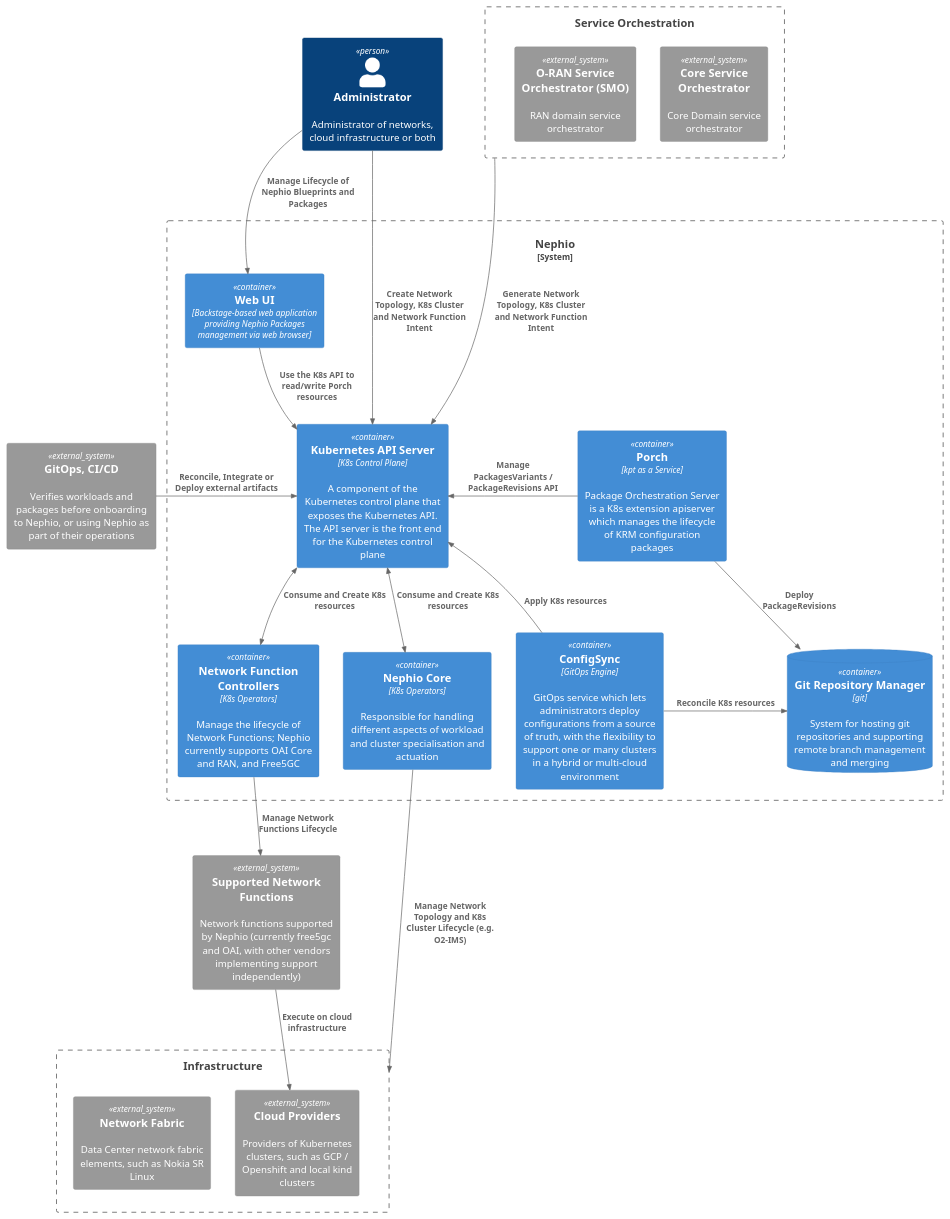
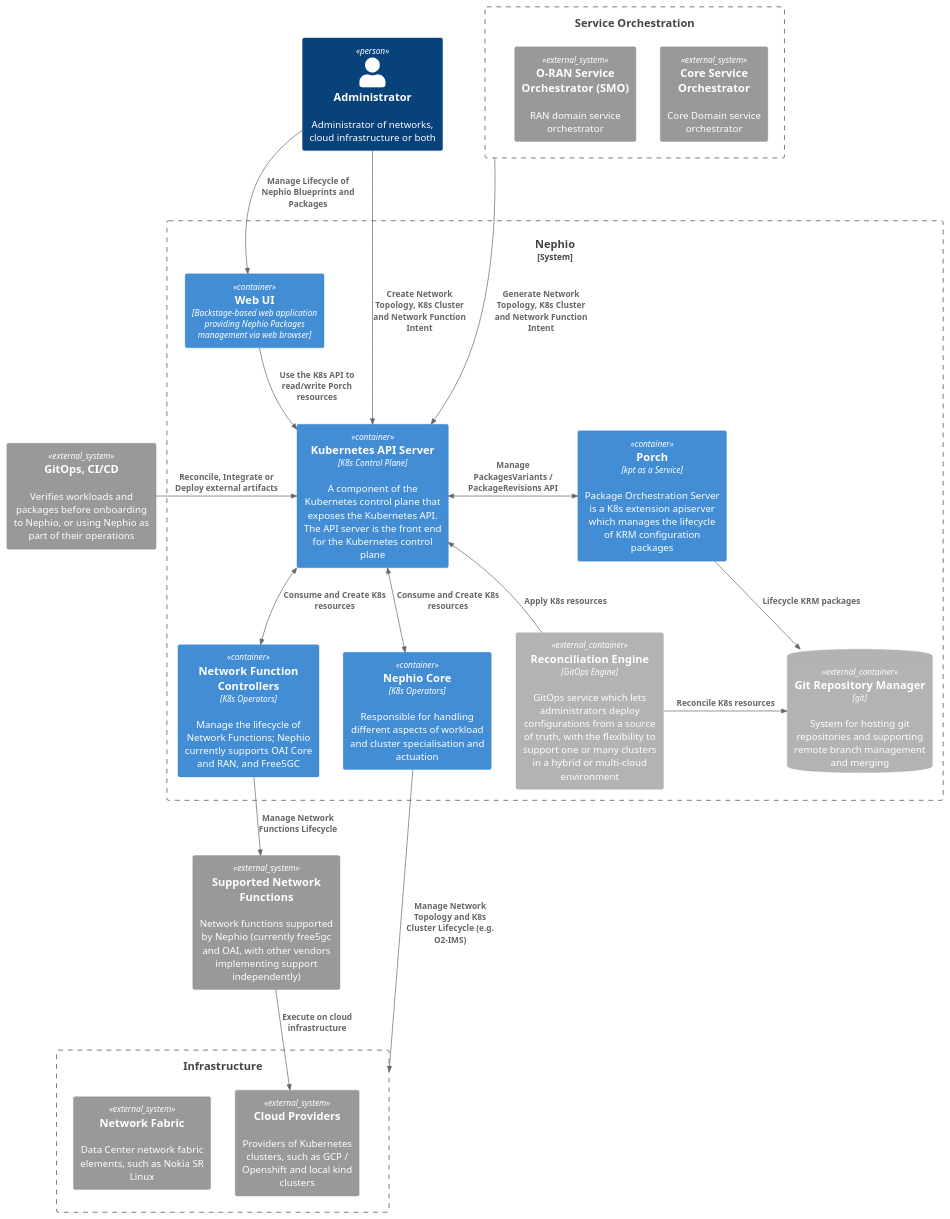
Before and after one commit to nephio-project/docs: the diagram in diagrams/src/level2-nephio-container.puml, drawn with PlantUML. The commit also changed 3 other files, not shown here.

```diff
--- a/diagrams/src/level2-nephio-container.puml
+++ b/diagrams/src/level2-nephio-container.puml
@@ -1,62 +1,62 @@
 @startuml nephio-container
 !include  https://raw.githubusercontent.com/plantuml-stdlib/C4-PlantUML/master/C4_Container.puml
 
 ' External actors
 Person(admin, "Administrator", "Administrator of networks, cloud infrastructure or both")
 Boundary(service_orchestrators, "Service Orchestration") {
     System_Ext(core_service_orchestrator, "Core Service Orchestrator", "Core Domain service orchestrator")
     System_Ext(oran_service_orchestrator, "O-RAN Service Orchestrator (SMO)", "RAN domain service orchestrator")
 }
 Lay_R(admin, service_orchestrators)
 System_Ext(cicd_system, "GitOps, CI/CD", "Verifies workloads and packages before onboarding to Nephio, or using Nephio as part of their operations")
 
 System_Boundary(nephio, "Nephio") {
     Container(web_ui, "Web UI", "Backstage-based web application providing Nephio Packages management via web browser")
     Container(porch, "Porch", "kpt as a Service", "Package Orchestration Server is a K8s extension apiserver which manages the lifecycle of KRM configuration packages")
     Container(nephio_core, "Nephio Core", "K8s Operators", "Responsible for handling different aspects of workload and cluster specialisation and actuation")
     Container(K8s_api, "Kubernetes API Server", "K8s Control Plane", "A component of the Kubernetes control plane that exposes the Kubernetes API. The API server is the front end for the Kubernetes control plane")
-    Container(configsync, "ConfigSync", "GitOps Engine", "GitOps service which lets administrators deploy configurations from a source of truth, with the flexibility to support one or many clusters in a hybrid or multi-cloud environment")
-    ContainerDb(gitrepomgr, "Git Repository Manager", "git", "System for hosting git repositories and supporting remote branch management and merging")
+    Container_Ext(configsync, "Reconciliation Engine", "GitOps Engine", "GitOps service which lets administrators deploy configurations from a source of truth, with the flexibility to support one or many clusters in a hybrid or multi-cloud environment")
+    ContainerDb_Ext(gitrepomgr, "Git Repository Manager", "git", "System for hosting git repositories and supporting remote branch management and merging")
     Container(network_function_controllers, "Network Function Controllers", "K8s Operators", "Manage the lifecycle of Network Functions; Nephio currently supports OAI Core and RAN, and Free5GC")
 }
 
 ' Southbound dependencies
 System_Ext(supported_nfs, "Supported Network Functions", "Network functions supported by Nephio (currently free5gc and OAI, with other vendors implementing support independently)")
 Boundary(infrastructure, "Infrastructure") {
     System_Ext(clouds, "Cloud Providers", "Providers of Kubernetes clusters, such as GCP / Openshift and local kind clusters")
     System_Ext(network_fabric, "Network Fabric", "Data Center network fabric elements, such as Nokia SR Linux")
 }
 
 ' Actor - nephio relationships
 Rel_D(admin, K8s_api, "Create Network Topology, K8s Cluster and Network Function Intent")
 Rel_D(admin, web_ui, "Manage Lifecycle of Nephio Blueprints and Packages")
 Rel_D(service_orchestrators, K8s_api, "Generate Network Topology, K8s Cluster and Network Function Intent")
 Rel_L(cicd_system, K8s_api, "Reconcile, Integrate or Deploy external artifacts")
 Lay_L(K8s_api, cicd_system)
 
 Rel_D(web_ui, K8s_api, "Use the K8s API to read/write Porch resources")
 
 ' Porch relations
-Rel_L(porch, K8s_api, "Manage PackagesVariants / PackageRevisions API")
-Rel_D(porch, gitrepomgr, "Deploy PackageRevisions")
+BiRel_L(porch, K8s_api, "Manage PackagesVariants / PackageRevisions API")
+Rel_D(porch, gitrepomgr, "Lifecycle KRM packages")
 
 ' ConfigSync relations
 Rel_L(configsync, gitrepomgr, "Reconcile K8s resources")
 Rel_U(configsync, K8s_api, "Apply K8s resources")
 
 ' Nephio core relations
 BiRel_U(nephio_core, K8s_api, "Consume and Create K8s resources")
 BiRel_U(network_function_controllers, K8s_api, "Consume and Create K8s resources")
 Lay_L(network_function_controllers, configsync)
 Lay_L(nephio_core, network_function_controllers)
 
 
 ' Nephio - managed entity relationships
 Rel_D(nephio_core, infrastructure, "Manage Network Topology and K8s Cluster Lifecycle (e.g. O2-IMS)")
 Rel_D(network_function_controllers, supported_nfs, "Manage Network Functions Lifecycle")
 
 
 ' Workload relations
 Rel_D(supported_nfs, clouds, "Execute on cloud infrastructure")
 
 @enduml
```
